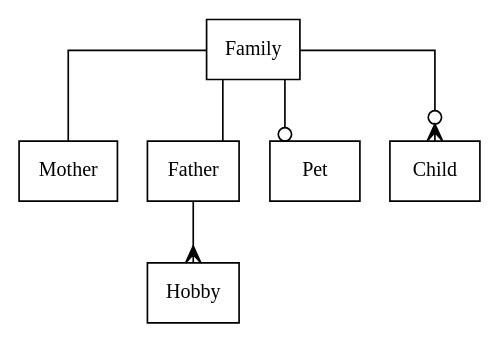
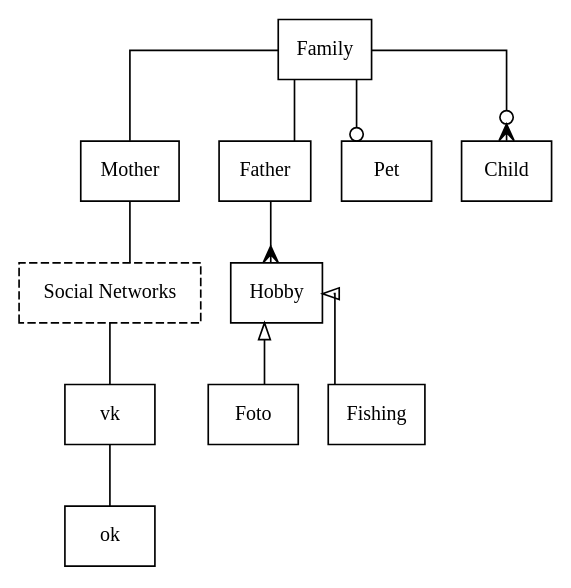
Before and after one commit to untillpro/diagrams: the diagram in structure.md, drawn with Graphviz. The commit also changed other lines of this file, not shown here.

````diff
--- a/structure.md
+++ b/structure.md
@@ -1,13 +1,20 @@
 ```dot
 digraph graphname {
 
     graph[rankdir=TB splines=ortho]
     node [ fontname = "Cambria" shape = "record" fontsize = 12]
     edge [dir=both arrowhead=none arrowtail=none]
+    Networks[label="Social Networks" style=dashed]
+
     Family -> Mother
     Family -> Father
     Family -> Pet [arrowhead=odot]
     Family -> Child [arrowhead=crowodot]
     Father -> Hobby [arrowhead=crow]
+    Hobby -> Foto[arrowtail=empty]
+    Hobby -> Fishing[arrowtail=empty]
+    Mother -> Networks
+    Networks -> vk
+    vk -> ok
 }
 ```
````
